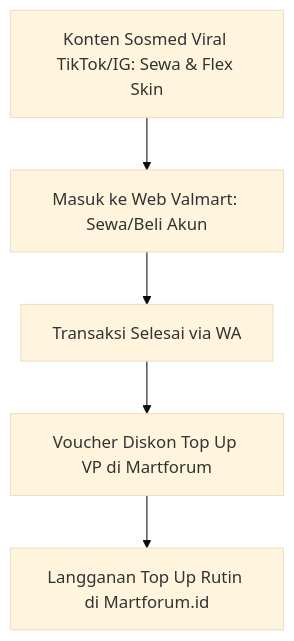
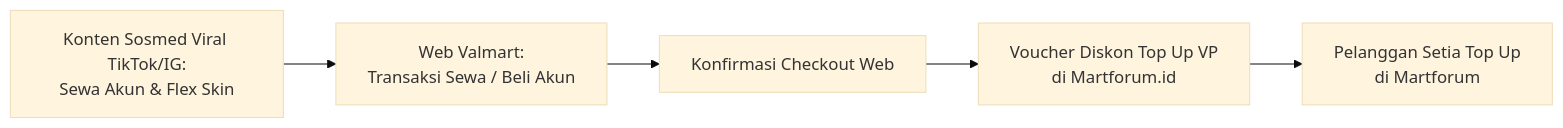
The diagram in 03 Riset Kompetitor/INSIGHT_DAN_IMPLEMENTASI.md (KrisnaHildan/Valmart.id-Martforum.id), drawn with Mermaid (base theme) before and after one commit. The commit also changed other lines of this file and 22 other files, not shown here.

````diff
--- a/03 Riset Kompetitor/INSIGHT_DAN_IMPLEMENTASI.md
+++ b/03 Riset Kompetitor/INSIGHT_DAN_IMPLEMENTASI.md
@@ -70,7 +70,7 @@
 ```mermaid
-graph TD
-    A[Konten Sosmed Viral TikTok/IG: Sewa & Flex Skin] --> B[Masuk ke Web Valmart: Sewa/Beli Akun]
-    B --> C[Transaksi Selesai via WA]
-    C --> D[Voucher Diskon Top Up VP di Martforum]
-    D --> E[Langganan Top Up Rutin di Martforum.id]
+flowchart LR
+    A["Konten Sosmed Viral TikTok/IG:<br/>Sewa Akun & Flex Skin"] --> B["Web Valmart:<br/>Transaksi Sewa / Beli Akun"]
+    B --> C["Konfirmasi Checkout Web"]
+    C --> D["Voucher Diskon Top Up VP<br/>di Martforum.id"]
+    D --> E["Pelanggan Setia Top Up<br/>di Martforum"]
 ```
````
